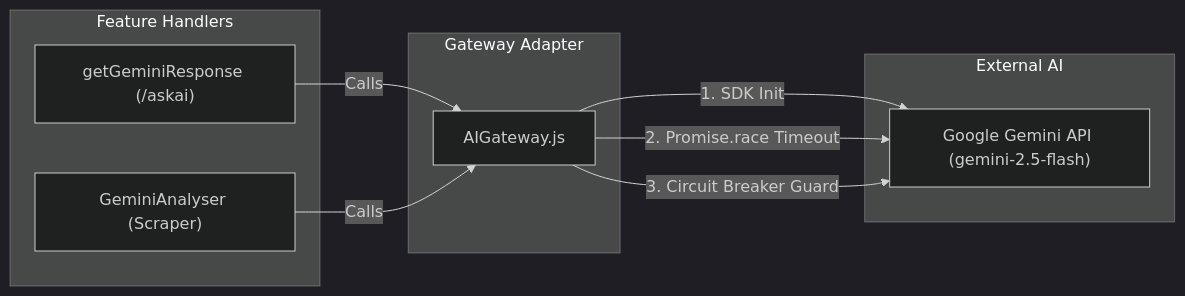
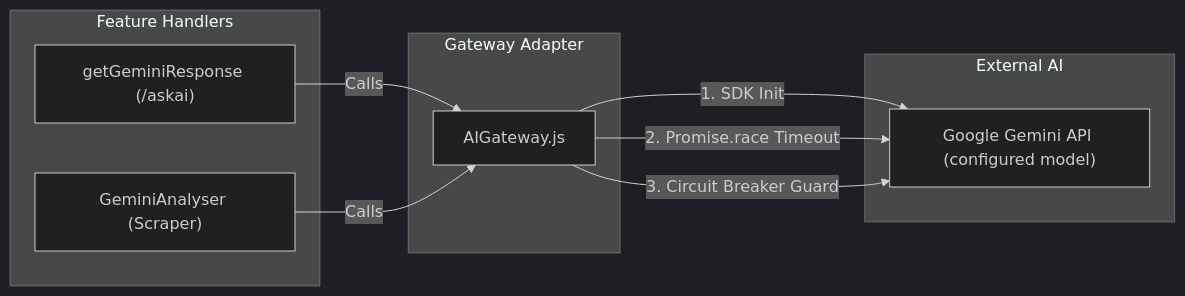
The third of 4 diagrams in docs/architecture.md (mrc2rules/UTMJBC-Bot), drawn with Mermaid (dark theme) before and after one commit. The commit also changed other lines of this file and 7 other files, not shown here.

````diff
--- a/docs/architecture.md
+++ b/docs/architecture.md
@@ -129,21 +131,21 @@
 ```mermaid
 graph LR
     subgraph Feature Handlers
         A["getGeminiResponse (/askai)"]
         B["GeminiAnalyser (Scraper)"]
     end
 
     subgraph Gateway Adapter
         C["AIGateway.js"]
     end
 
     subgraph External AI
-        D["Google Gemini API (gemini-2.5-flash)"]
+        D["Google Gemini API (configured model)"]
     end
 
     A -->|Calls| C
     B -->|Calls| C
     C -->|1. SDK Init| D
     C -->|2. Promise.race Timeout| D
     C -->|3. Circuit Breaker Guard| D
 ```
````
